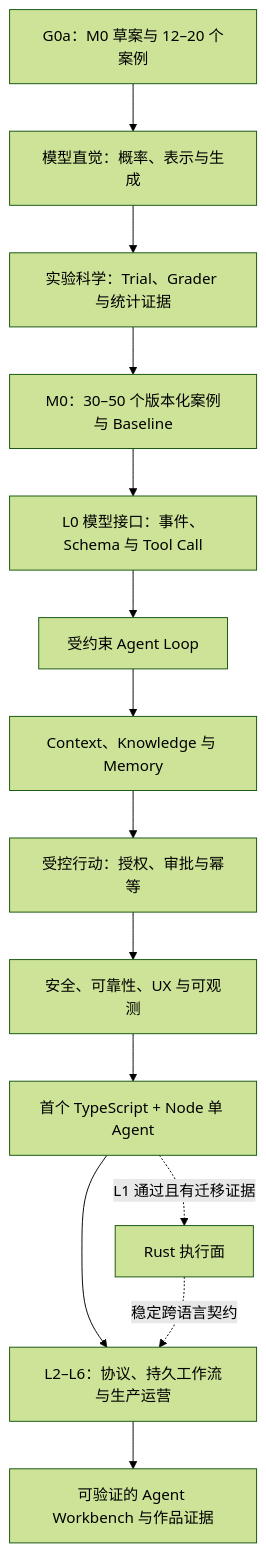
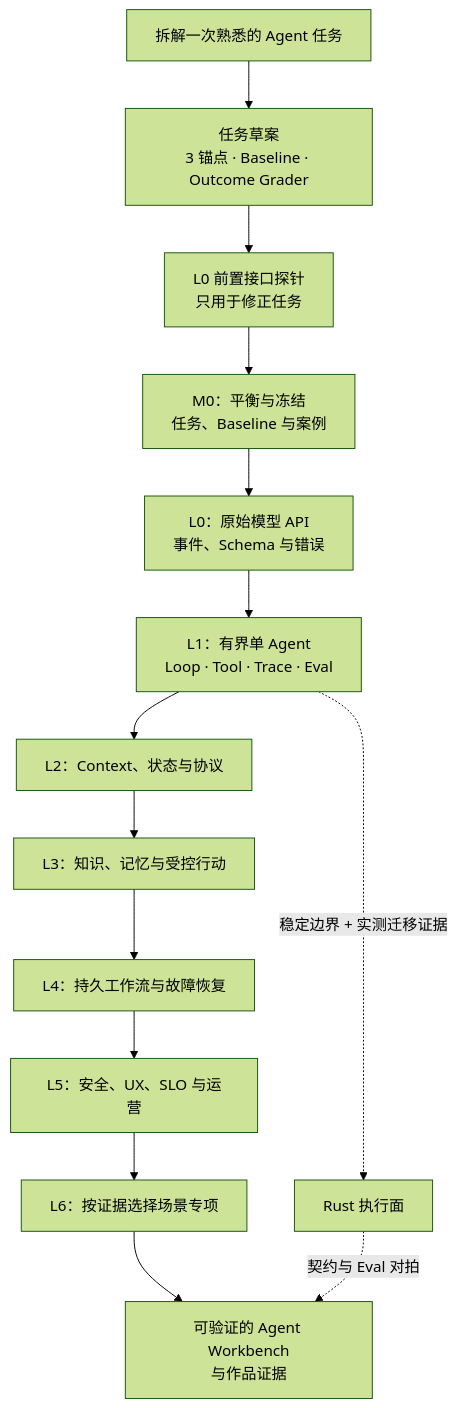
One commit to whatthehan/masterpiece-static-docs changed the second of 2 diagrams in site/index.md. Above: the diagram before and after it, drawn with Mermaid (forest theme). The commit also changed other lines of this file and 152 other files, not shown here.

````diff
--- a/site/index.md
+++ b/site/index.md
@@ -69,16 +114,16 @@
 ```mermaid
 flowchart TD
-    G0A["G0a：M0 草案与 12–20 个案例"] --> MODEL["模型直觉：概率、表示与生成"]
-    MODEL --> EVAL["实验科学：Trial、Grader 与统计证据"]
-    EVAL --> M0["M0：30–50 个版本化案例与 Baseline"]
-    M0 --> API["L0 模型接口：事件、Schema 与 Tool Call"]
-    API --> LOOP["受约束 Agent Loop"]
-    LOOP --> CONTEXT["Context、Knowledge 与 Memory"]
-    CONTEXT --> ACTION["受控行动：授权、审批与幂等"]
-    ACTION --> PROD["安全、可靠性、UX 与可观测"]
-    PROD --> L1["首个 TypeScript + Node 单 Agent"]
-    L1 --> EVOLVE["L2–L6：协议、持久工作流与生产运营"]
-    L1 -. "L1 通过且有迁移证据" .-> RUST["Rust 执行面"]
-    EVOLVE --> PORTFOLIO["可验证的 Agent Workbench 与作品证据"]
-    RUST -. "稳定跨语言契约" .-> EVOLVE
+    OBS["拆解一次熟悉的 Agent 任务"] --> DRAFT["任务草案<br/>3 锚点 · Baseline · Outcome Grader"]
+    DRAFT --> PROBE["L0 前置接口探针<br/>只用于修正任务"]
+    PROBE --> M0["M0：平衡与冻结<br/>任务、Baseline 与案例"]
+    M0 --> L0["L0：原始模型 API<br/>事件、Schema 与错误"]
+    L0 --> L1["L1：有界单 Agent<br/>Loop · Tool · Trace · Eval"]
+    L1 --> L2["L2：Context、状态与协议"]
+    L2 --> L3["L3：知识、记忆与受控行动"]
+    L3 --> L4["L4：持久工作流与故障恢复"]
+    L4 --> L5["L5：安全、UX、SLO 与运营"]
+    L5 --> L6["L6：按证据选择场景专项"]
+    L1 -. "稳定边界 + 实测迁移证据" .-> RUST["Rust 执行面"]
+    L6 --> PORTFOLIO["可验证的 Agent Workbench<br/>与作品证据"]
+    RUST -. "契约与 Eval 对拍" .-> PORTFOLIO
 ```
````
